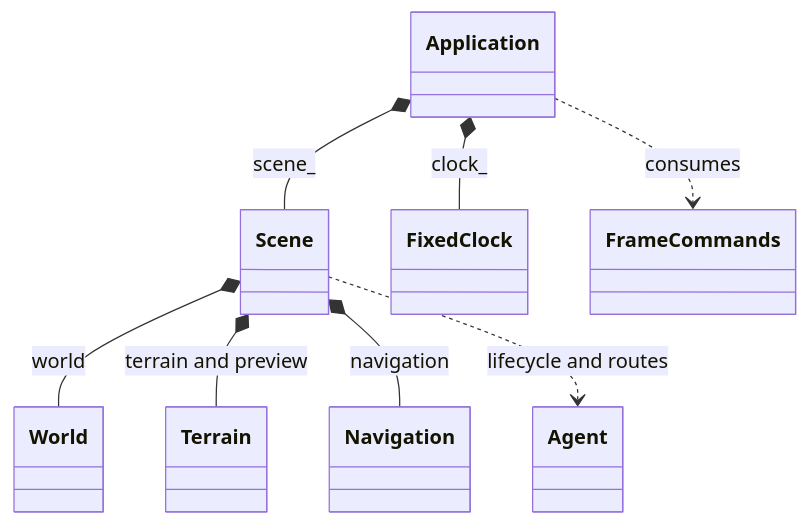
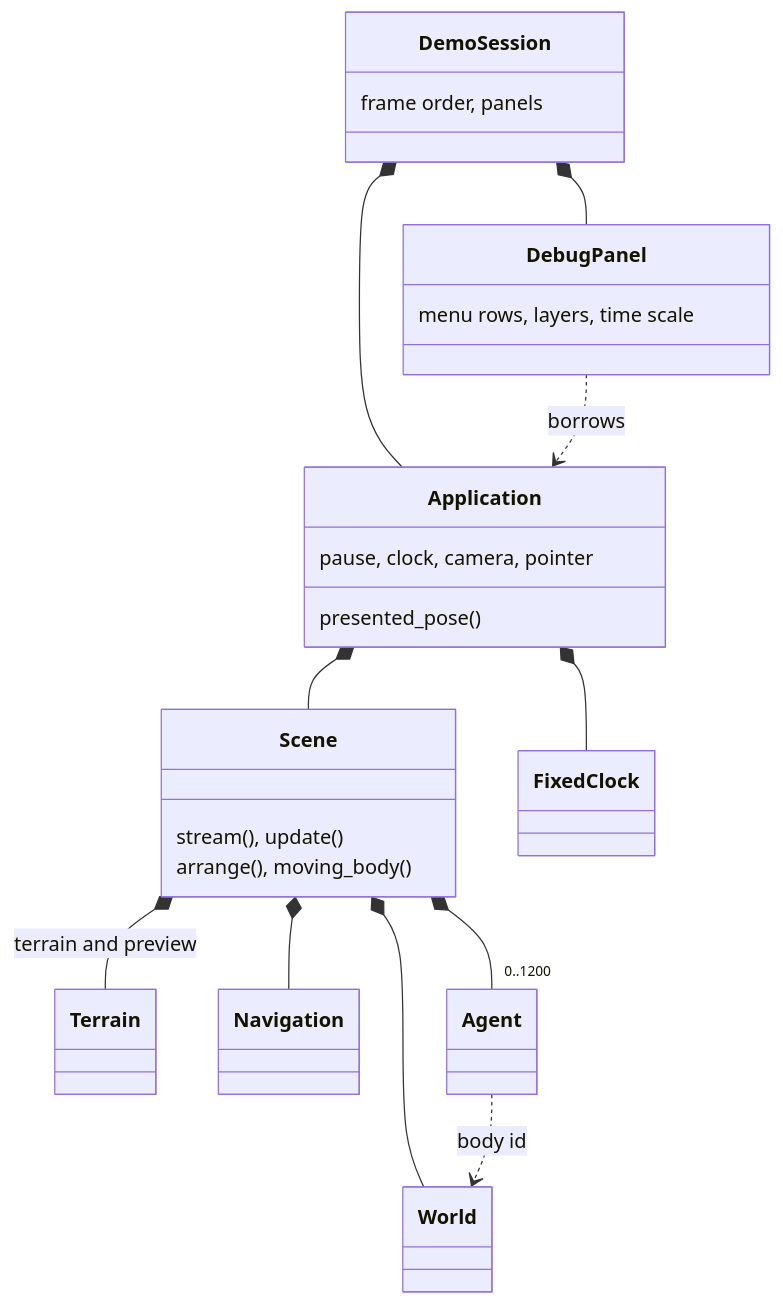
Before and after one commit to SMB-M87/Kinetra-Lab: the first of 3 diagrams in labs/demo/README.md, drawn with Mermaid. The commit also changed other lines of this file and 8 other files, not shown here.

First line of the commit message:
docs(demo): rewrite the module README and absorb the architecture page

````diff
--- a/labs/demo/README.md
+++ b/labs/demo/README.md
@@ -57,10 +82,27 @@
 ```mermaid
 classDiagram
-    Application *-- Scene : scene_
-    Application *-- FixedClock : clock_
-    Application ..> FrameCommands : consumes
-    Scene *-- World : world
+    class DemoSession {
+        frame order, panels
+    }
+    class DebugPanel {
+        menu rows, layers, time scale
+    }
+    class Application {
+        pause, clock, camera, pointer
+        presented_pose()
+    }
+    class Scene {
+        stream(), update()
+        arrange(), moving_body()
+    }
+    DemoSession *-- Application
+    DemoSession *-- DebugPanel
+    DebugPanel ..> Application : borrows
+    Application *-- Scene
+    Application *-- FixedClock
+    Scene *-- World
     Scene *-- Terrain : terrain and preview
-    Scene *-- Navigation : navigation
-    Scene ..> Agent : lifecycle and routes
+    Scene *-- Navigation
+    Scene *-- "0..1200" Agent
+    Agent ..> World : body id
 ```
````
